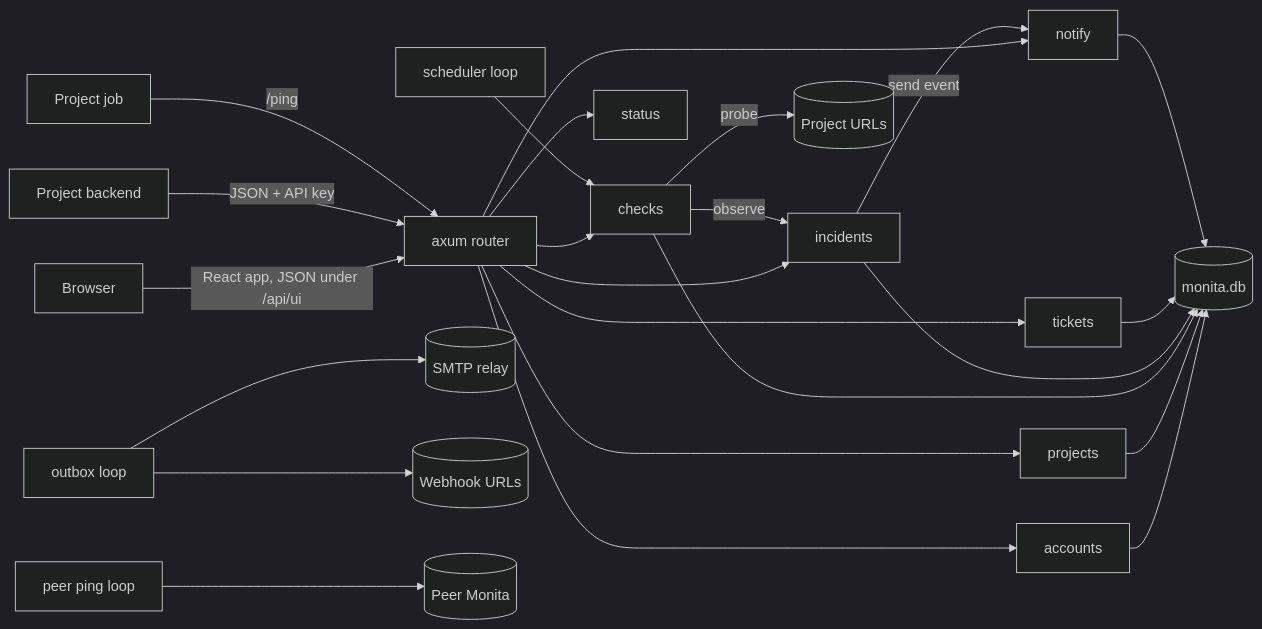
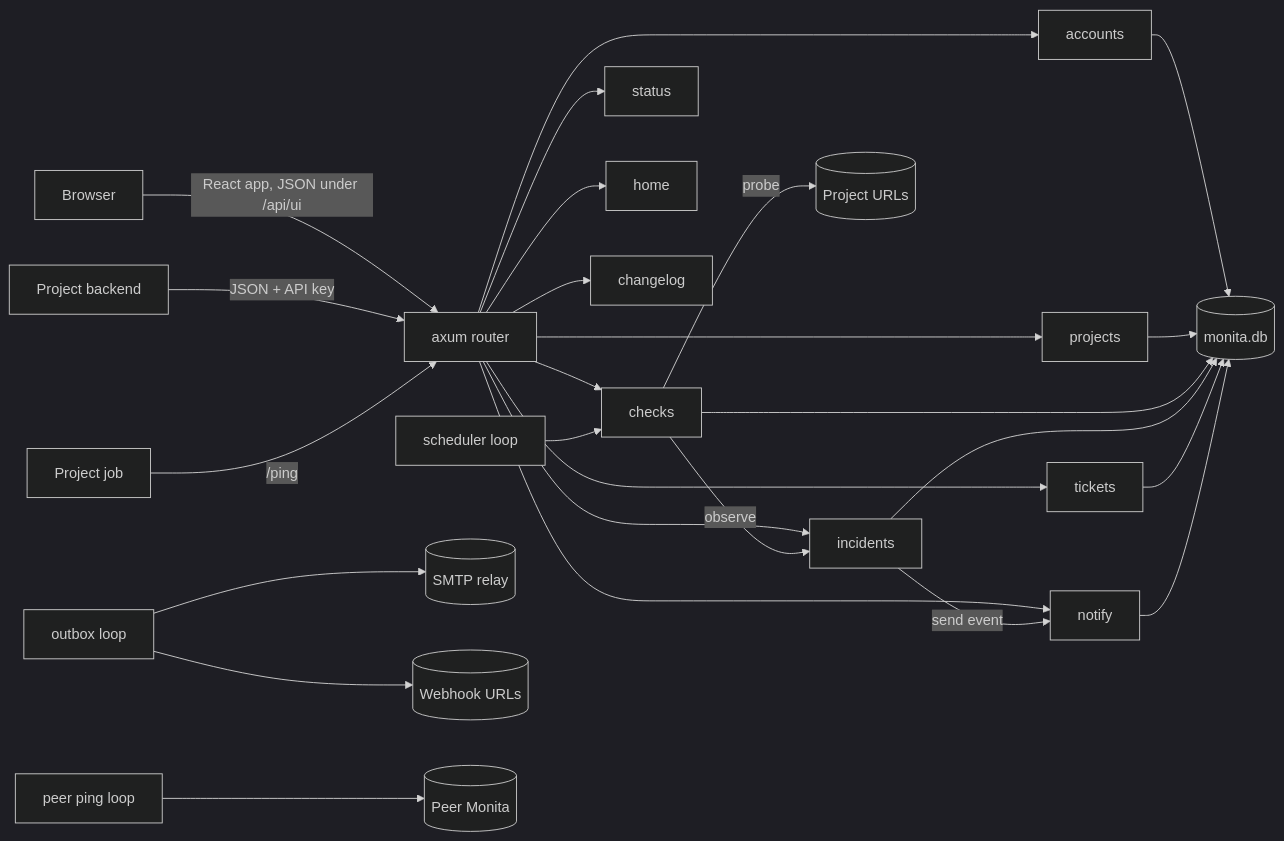
Before and after one commit to PT-Perkasa-Pilar-Utama/monita: the first of 4 diagrams in docs/technical-specs/02-system-architecture.md, drawn with Mermaid (dark theme). The commit also changed other lines of this file and 15 other files, not shown here.

````diff
--- a/docs/technical-specs/02-system-architecture.md
+++ b/docs/technical-specs/02-system-architecture.md
@@ -17,15 +17,15 @@
 ```mermaid
 graph LR
   Browser -->|React app, JSON under /api/ui| HTTP[axum router]
   ProjectBackend[Project backend] -->|JSON + API key| HTTP
   Job[Project job] -->|/ping| HTTP
-  HTTP --> accounts & projects & checks & incidents & status & tickets & notify
+  HTTP --> accounts & projects & checks & incidents & status & tickets & notify & home & changelog
   Scheduler[scheduler loop] --> checks
   checks -->|observe| incidents
   incidents -->|send event| notify
   Outbox[outbox loop] --> SMTP[(SMTP relay)]
   Outbox --> Webhook[(Webhook URLs)]
   checks -->|probe| Targets[(Project URLs)]
   Peer[peer ping loop] --> PeerMonita[(Peer Monita)]
   accounts & projects & checks & incidents & tickets & notify --> DB[(monita.db)]
 ```
````
